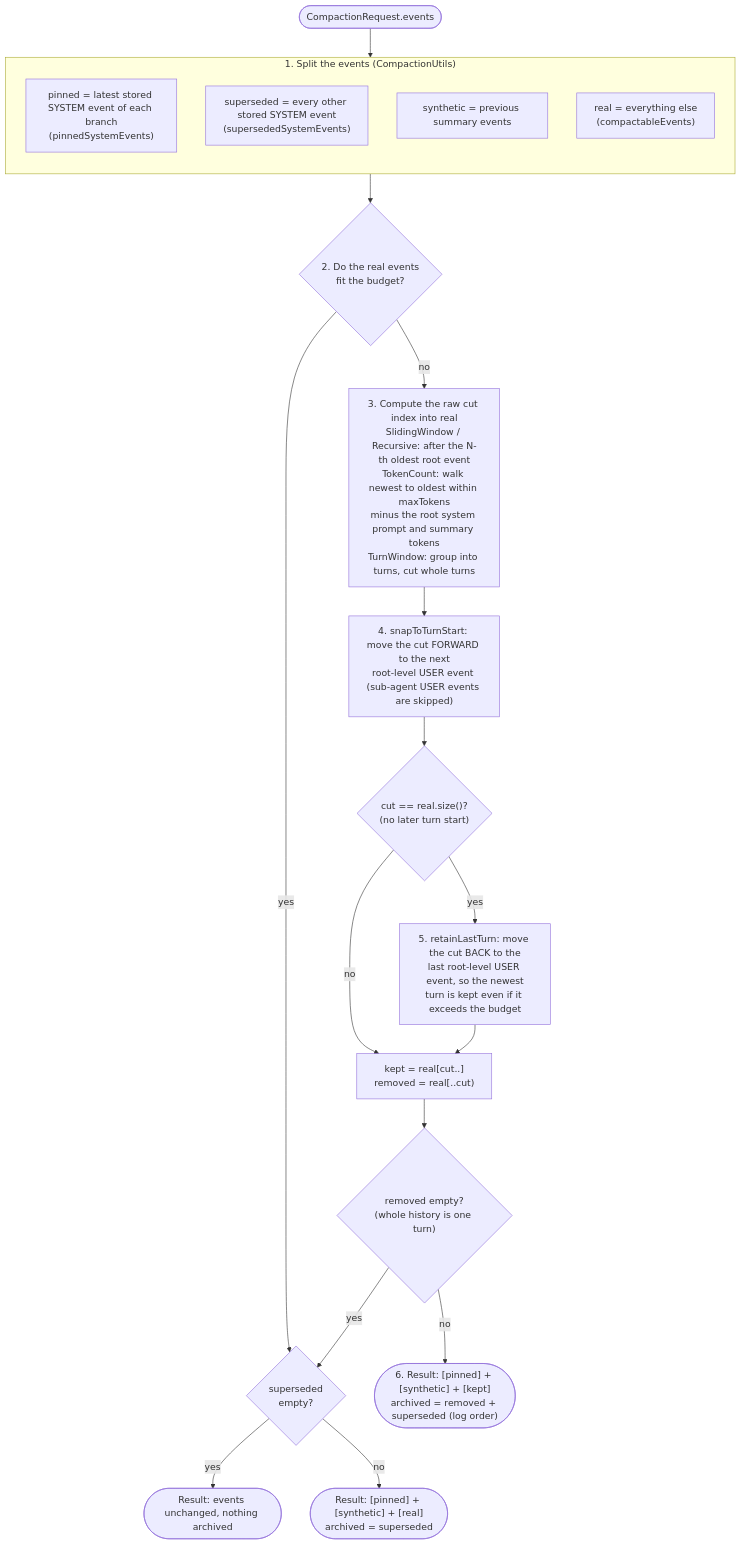
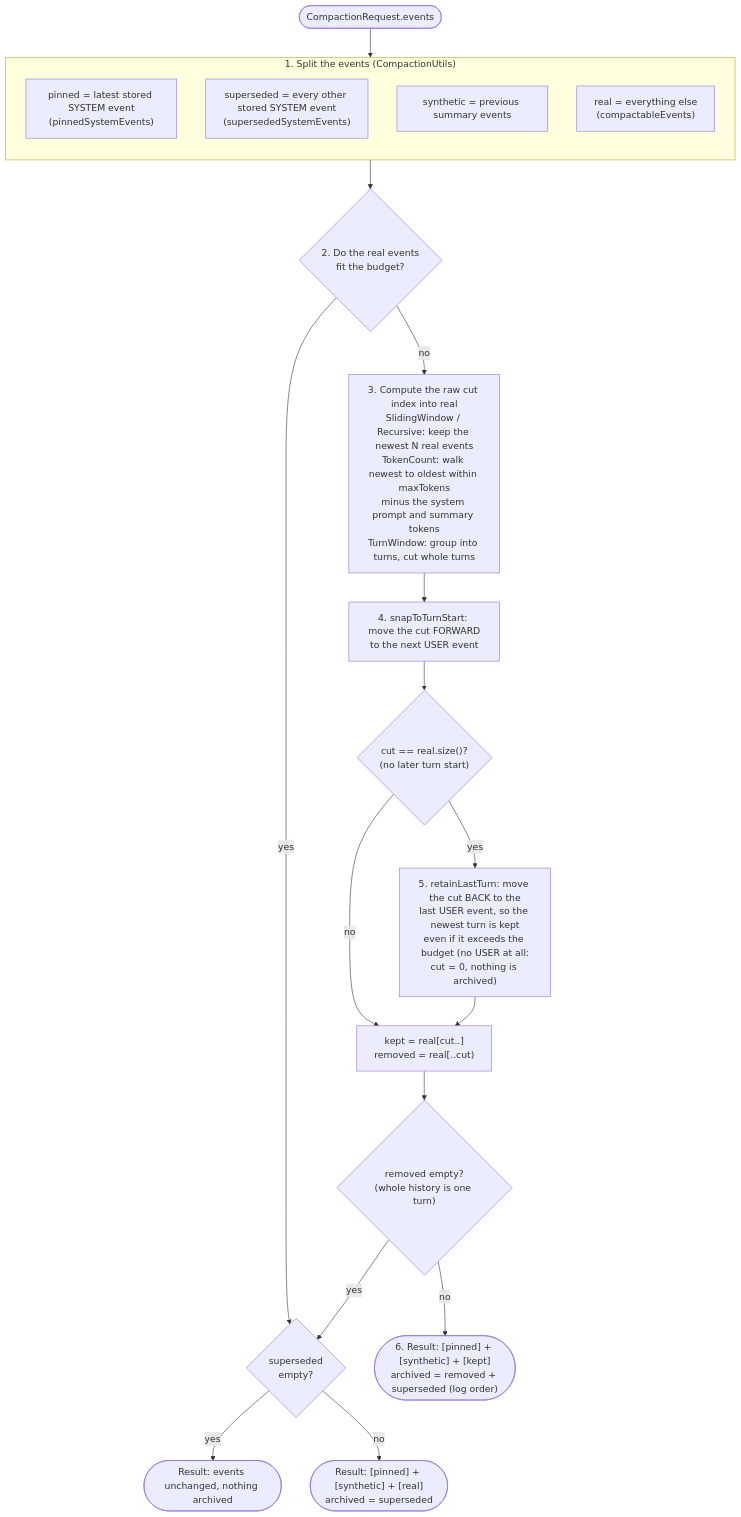
The fifth of 7 diagrams in docs/session-management/compaction-internals.md (andotorg/spring-ai-session), drawn with Mermaid before and after one commit. The commit also changed other lines of this file and 44 other files, not shown here.

First line of the commit message:
Remove branch-based multi-agent isolation (#54)

````diff
--- a/docs/session-management/compaction-internals.md
+++ b/docs/session-management/compaction-internals.md
@@ -239,27 +239,27 @@
 ```mermaid
 flowchart TB
     start([CompactionRequest.events]) --> split
 
     subgraph split["1. Split the events (CompactionUtils)"]
         direction TB
-        s1["pinned = latest stored SYSTEM event of each branch<br/>(pinnedSystemEvents)"]
+        s1["pinned = latest stored SYSTEM event<br/>(pinnedSystemEvents)"]
         s2["superseded = every other stored SYSTEM event<br/>(supersededSystemEvents)"]
         s3["synthetic = previous summary events"]
         s4["real = everything else<br/>(compactableEvents)"]
     end
 
     split --> budget{"2. Do the real events<br/>fit the budget?"}
     budget -- yes --> noop{"superseded<br/>empty?"}
     noop -- yes --> r0([Result: events unchanged, nothing archived])
     noop -- no --> r1(["Result: [pinned] + [synthetic] + [real]<br/>archived = superseded"])
 
-    budget -- no --> raw["3. Compute the raw cut index into real<br/>SlidingWindow / Recursive: after the N-th oldest root event<br/>TokenCount: walk newest to oldest within maxTokens<br/>minus the root system prompt and summary tokens<br/>TurnWindow: group into turns, cut whole turns"]
-    raw --> snap["4. snapToTurnStart: move the cut FORWARD to the next<br/>root-level USER event (sub-agent USER events are skipped)"]
+    budget -- no --> raw["3. Compute the raw cut index into real<br/>SlidingWindow / Recursive: keep the newest N real events<br/>TokenCount: walk newest to oldest within maxTokens<br/>minus the system prompt and summary tokens<br/>TurnWindow: group into turns, cut whole turns"]
+    raw --> snap["4. snapToTurnStart: move the cut FORWARD<br/>to the next USER event"]
     snap --> end1{"cut == real.size()?<br/>(no later turn start)"}
     end1 -- no --> cut
-    end1 -- yes --> retain["5. retainLastTurn: move the cut BACK to the<br/>last root-level USER event, so the newest<br/>turn is kept even if it exceeds the budget"]
+    end1 -- yes --> retain["5. retainLastTurn: move the cut BACK to the<br/>last USER event, so the newest turn is kept<br/>even if it exceeds the budget (no USER at all:<br/>cut = 0, nothing is archived)"]
     retain --> cut["kept = real[cut..]<br/>removed = real[..cut)"]
     cut --> empty{"removed empty?<br/>(whole history is one turn)"}
     empty -- yes --> noop
     empty -- no --> r2(["6. Result: [pinned] + [synthetic] + [kept]<br/>archived = removed + superseded (log order)"])
 ```
````
